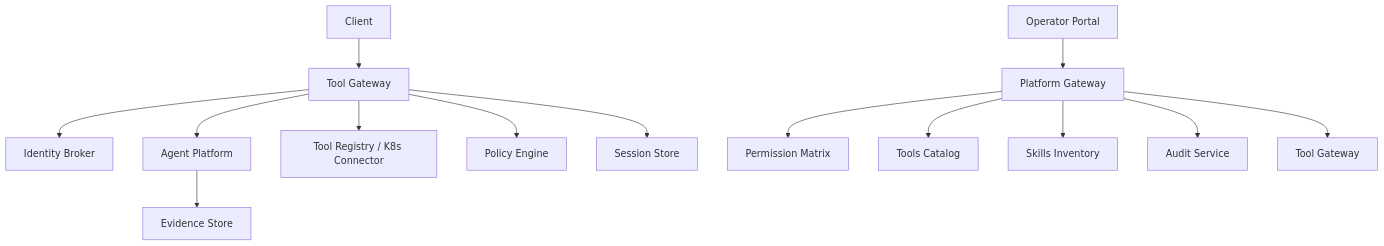
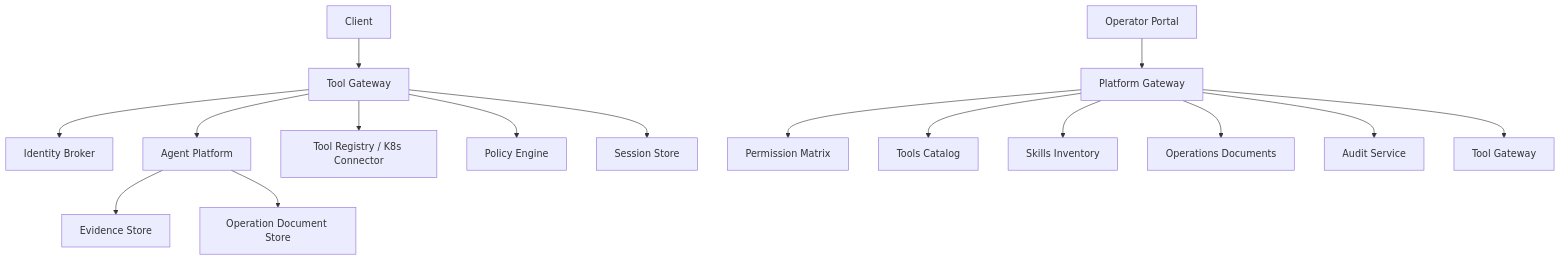
One commit to metasync/luban-aiops changed the first of 3 diagrams in .qoder/repowiki/en/content/API Reference/API Reference.md. Above: the diagram before and after it, drawn with Mermaid. The commit also changed other lines of this file and 101 other files, not shown here.

Commit message:
docs: refresh repowiki for SPEC-039 operations document repository delivery

````diff
--- a/.qoder/repowiki/en/content/API Reference/API Reference.md
+++ b/.qoder/repowiki/en/content/API Reference/API Reference.md
@@ -103,16 +106,18 @@
 ```mermaid
 graph TB
 Client["Client"] --> Gateway["Tool Gateway"]
 Gateway --> Auth["Identity Broker"]
 Gateway --> Agent["Agent Platform"]
 Gateway --> Tools["Tool Registry / K8s Connector"]
 Gateway --> Policy["Policy Engine"]
 Gateway --> Store["Session Store"]
 Portal["Operator Portal"] --> PlatformGW["Platform Gateway"]
 PlatformGW --> PolicyMatrix["Permission Matrix"]
 PlatformGW --> ToolsCatalog["Tools Catalog"]
 PlatformGW --> SkillsInventory["Skills Inventory"]
+PlatformGW --> Documents["Operations Documents"]
 PlatformGW --> AuditService["Audit Service"]
 PlatformGW --> ToolGateway["Tool Gateway"]
 Agent --> EvidenceStore["Evidence Store"]
+Agent --> DocStore["Operation Document Store"]
 ```
````
